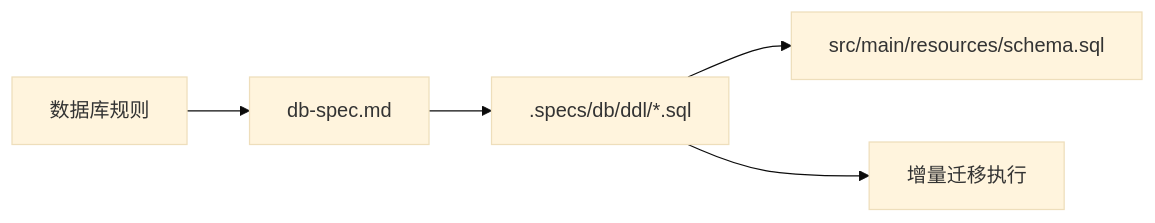
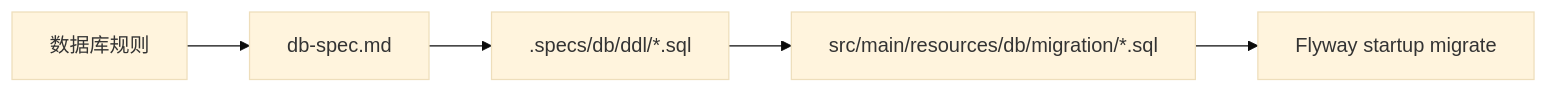
The diagram in .specs/db/db-spec.md (yachi666/support-roster-server), drawn with Mermaid (base theme) before and after one commit. The commit also changed other lines of this file and 18 other files, not shown here.

````diff
--- a/.specs/db/db-spec.md
+++ b/.specs/db/db-spec.md
@@ -33,7 +33,7 @@
 ```mermaid
 flowchart LR
     RULE[数据库规则] --> SPEC[db-spec.md]
     SPEC --> DDL[.specs/db/ddl/*.sql]
-    DDL --> INIT[src/main/resources/schema.sql]
-    DDL --> MIGRATION[增量迁移执行]
+    DDL --> MIGRATION[src/main/resources/db/migration/*.sql]
+    MIGRATION --> STARTUP[Flyway startup migrate]
 ```
````
